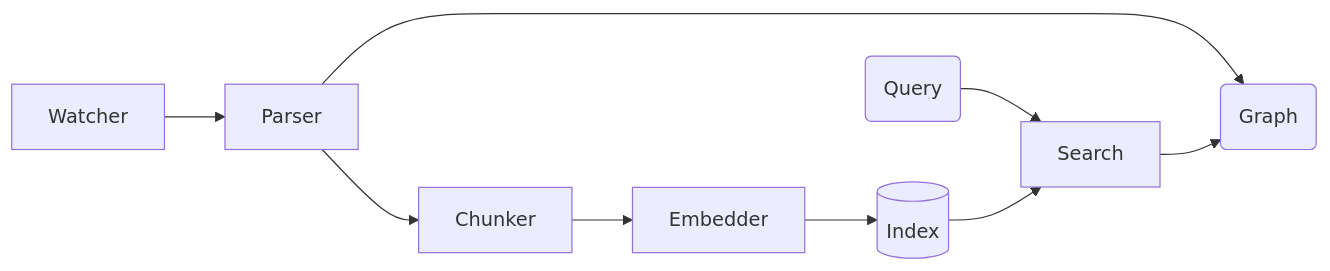
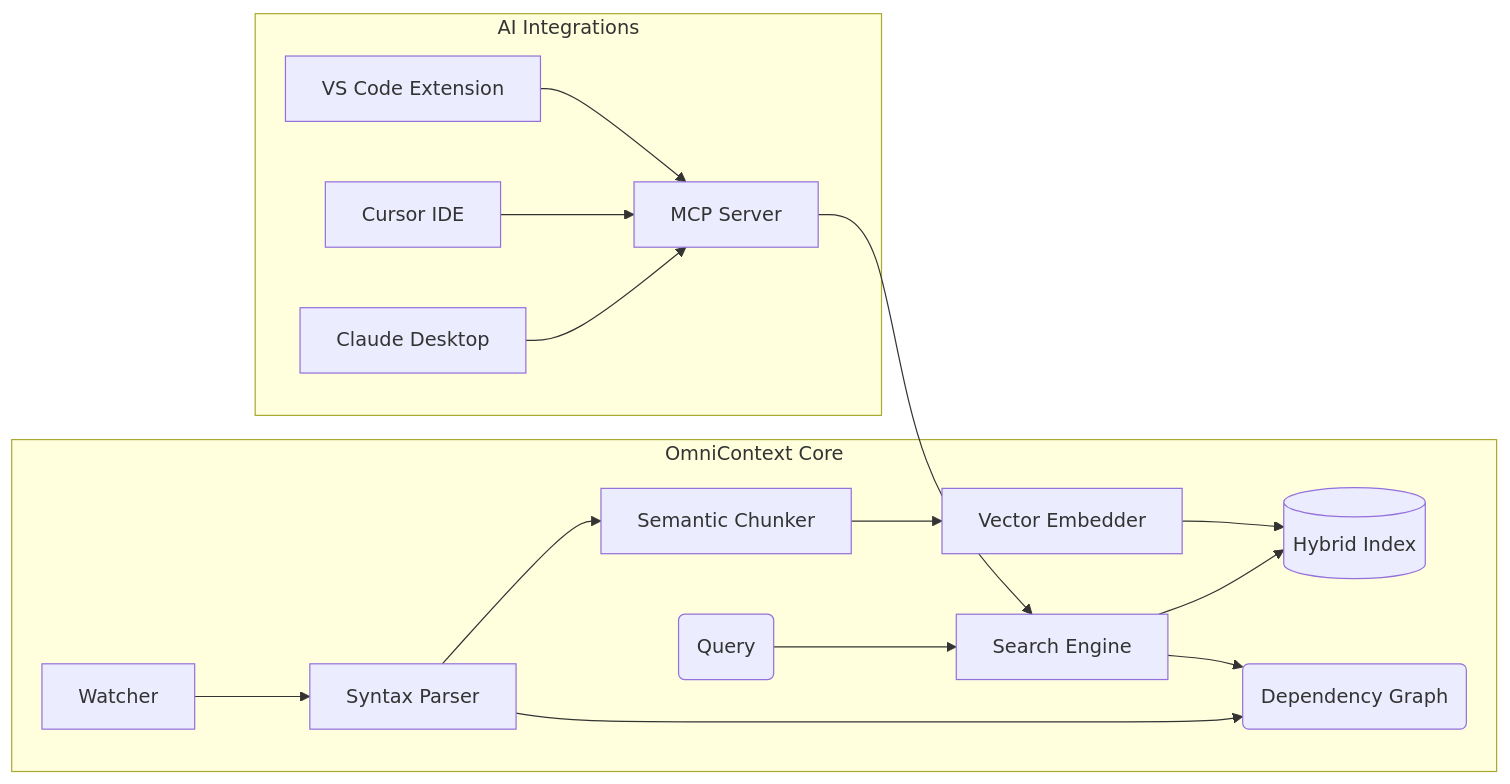
Before and after one commit to steeltroops-ai/omnicontext: the diagram in README.md, drawn with Mermaid. The commit also changed other lines of this file and 44 other files, not shown here.

````diff
--- a/README.md
+++ b/README.md
@@ -23,13 +17,21 @@
 ```mermaid
 graph LR
-    watcher[Watcher] --> parser[Parser]
-    parser --> chunker[Chunker]
-    chunker --> embedder[Embedder]
-    embedder --> index[(Index)]
+    subgraph Engine [OmniContext Core]
+        watcher[Watcher] --> parser[Syntax Parser]
+        parser --> chunker[Semantic Chunker]
+        chunker --> embedder[Vector Embedder]
+        embedder --> index[(Hybrid Index)]
+        parser --> dep_graph(Dependency Graph)
 
-    parser --> dep_graph(Graph)
+        query(Query) --> search[Search Engine]
+        search --> index
+        search --> dep_graph
+    end
 
-    query(Query) --> search[Search]
-    index --> search
-    search --> dep_graph
+    subgraph Clients [AI Integrations]
+        mcp[MCP Server] --> search
+        ide[VS Code Extension] --> mcp
+        cursor[Cursor IDE] --> mcp
+        claude[Claude Desktop] --> mcp
+    end
 ```
````
